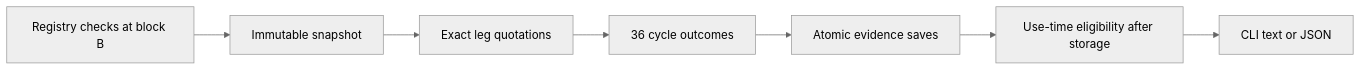
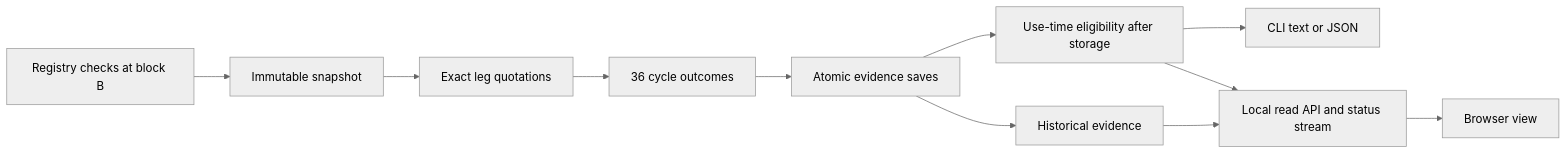
The diagram in docs/ANALYSIS.md (mikolajed/pooltrace), drawn with Mermaid (neutral theme) before and after one commit. The commit also changed other lines of this file and 48 other files, not shown here.

````diff
--- a/docs/ANALYSIS.md
+++ b/docs/ANALYSIS.md
@@ -32,9 +34,13 @@
 ```mermaid
 flowchart LR
   R[Registry checks at block B] --> S[Immutable snapshot]
   S --> Q[Exact leg quotations]
   Q --> C[36 cycle outcomes]
   C --> P[Atomic evidence saves]
   P --> E[Use-time eligibility after storage]
   E --> O[CLI text or JSON]
+  E --> A[Local read API and status stream]
+  P --> H[Historical evidence]
+  H --> A
+  A --> B[Browser view]
 ```
````
